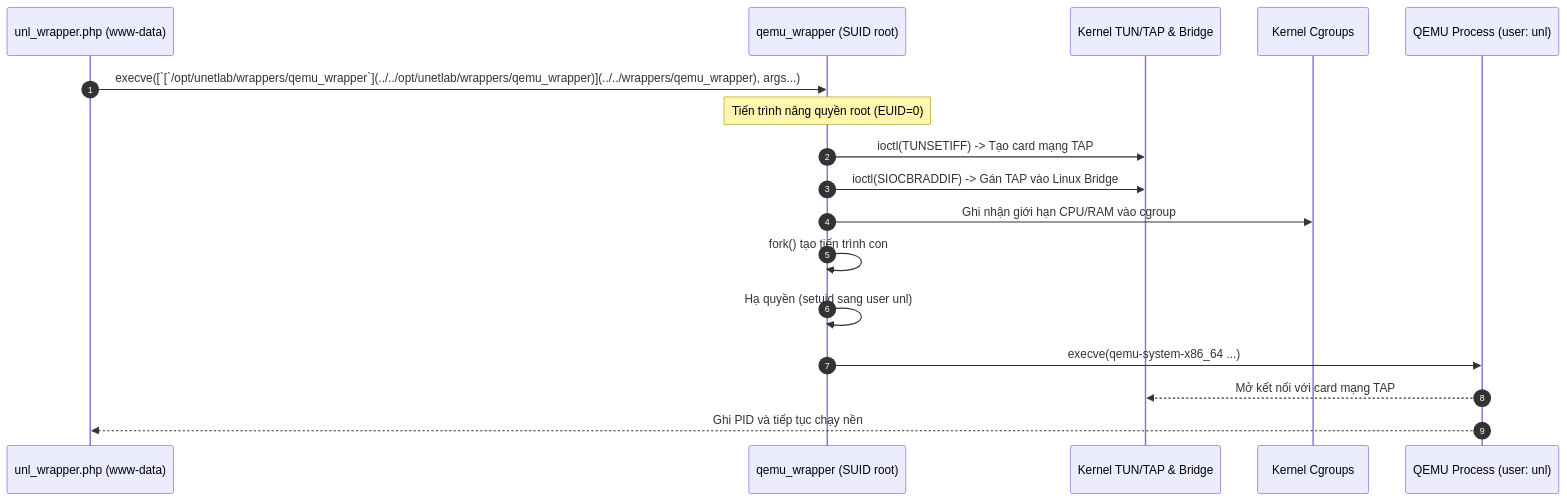
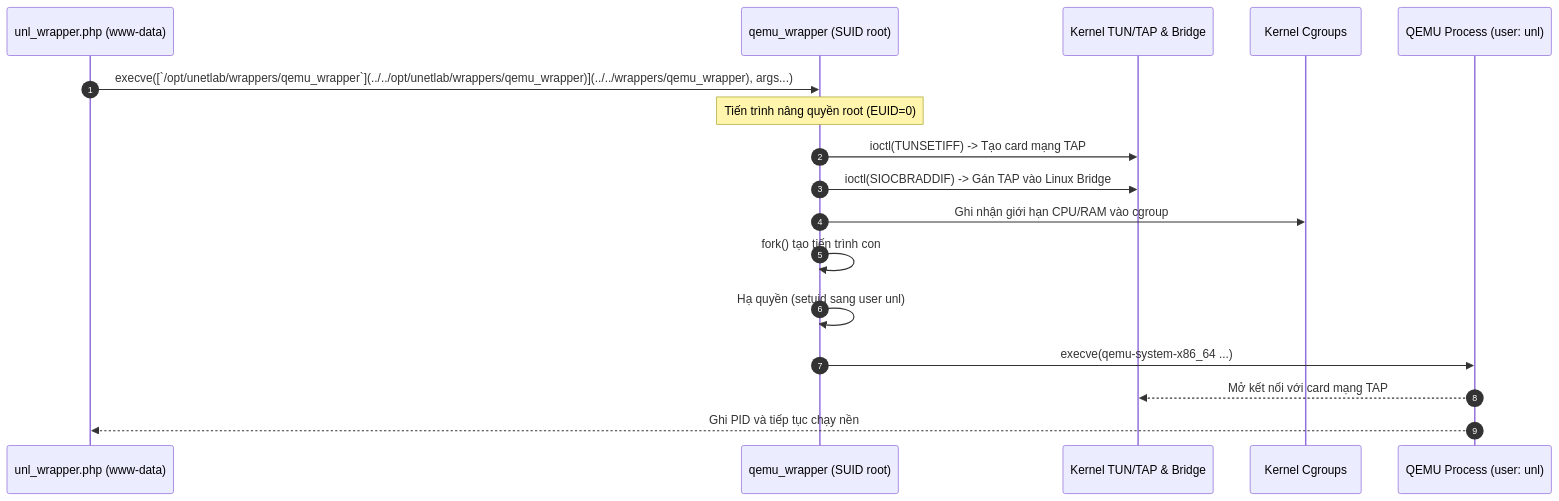
The diagram in docs/03-diagrams/f06-node-wrapper-orchestration-sequence.md (Luuxinhxinh/pnet-v8), drawn with Mermaid before and after one commit. The commit also changed 88 other files, not shown here.

````diff
--- a/docs/03-diagrams/f06-node-wrapper-orchestration-sequence.md
+++ b/docs/03-diagrams/f06-node-wrapper-orchestration-sequence.md
@@ -9,20 +9,20 @@
 ```mermaid
 sequenceDiagram
     autonumber
     participant Script as unl_wrapper.php (www-data)
     participant CWrap as qemu_wrapper (SUID root)
     participant KernelNet as Kernel TUN/TAP & Bridge
     participant KernelCG as Kernel Cgroups
     participant Hypervisor as QEMU Process (user: unl)
 
-    Script->>CWrap: execve([`[`/opt/unetlab/wrappers/qemu_wrapper`](../../opt/unetlab/wrappers/qemu_wrapper)](../../wrappers/qemu_wrapper), args...)
+    Script->>CWrap: execve([`/opt/unetlab/wrappers/qemu_wrapper`](../../opt/unetlab/wrappers/qemu_wrapper)](../../wrappers/qemu_wrapper), args...)
     Note over CWrap: Tiến trình nâng quyền root (EUID=0)
     CWrap->>KernelNet: ioctl(TUNSETIFF) -> Tạo card mạng TAP
     CWrap->>KernelNet: ioctl(SIOCBRADDIF) -> Gán TAP vào Linux Bridge
     CWrap->>KernelCG: Ghi nhận giới hạn CPU/RAM vào cgroup
     CWrap->>CWrap: fork() tạo tiến trình con
     CWrap->>CWrap: Hạ quyền (setuid sang user unl)
     CWrap->>Hypervisor: execve(qemu-system-x86_64 ...)
     Hypervisor-->>KernelNet: Mở kết nối với card mạng TAP
     Hypervisor-->>Script: Ghi PID và tiếp tục chạy nền
 ```
````
